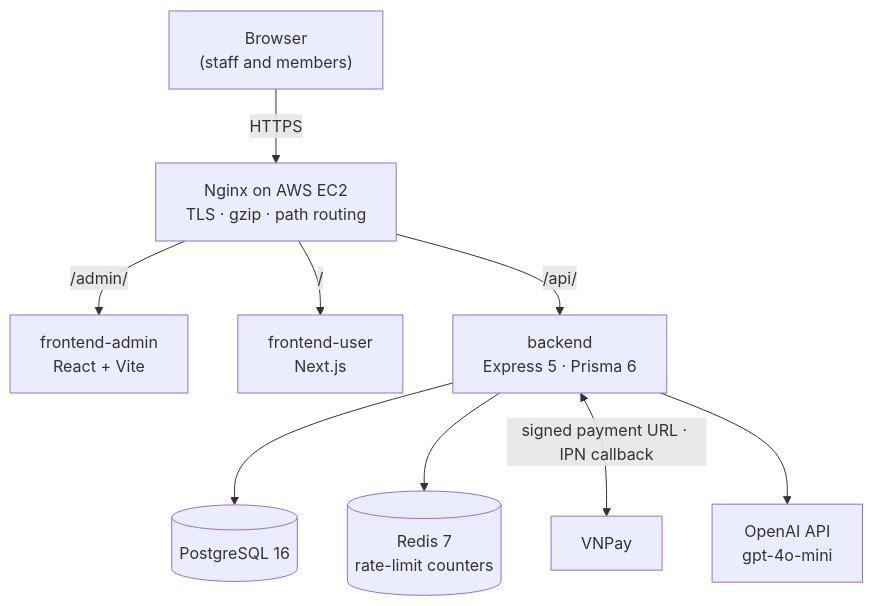
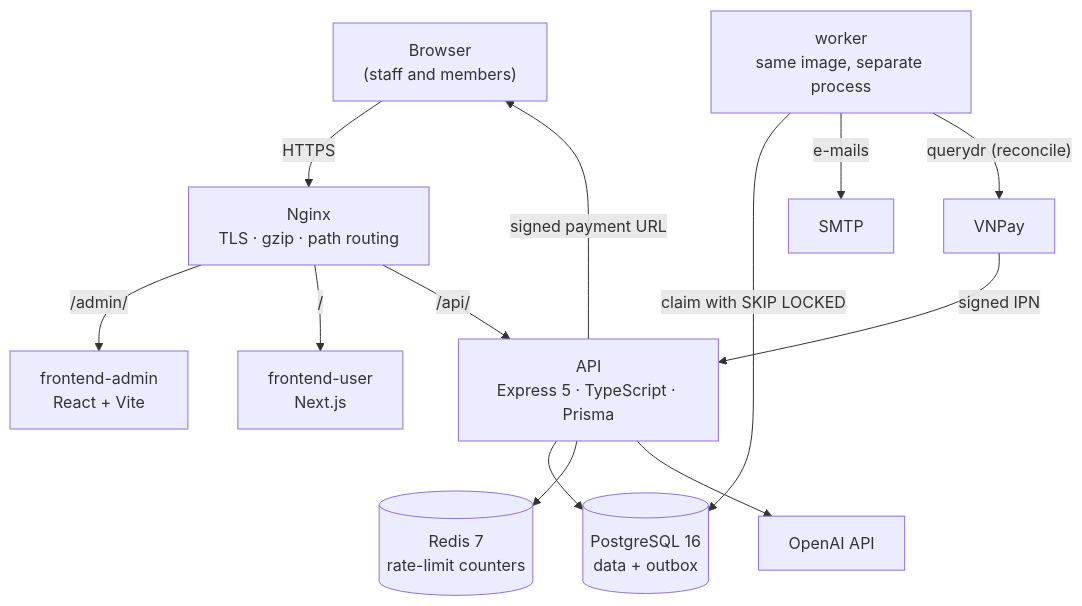
The first of 3 diagrams in README.md (Phongasfd/gym-management), drawn with Mermaid before and after one commit. The commit also changed other lines of this file and 146 other files, not shown here.

````diff
--- a/README.md
+++ b/README.md
@@ -43,11 +48,15 @@
 ```mermaid
 flowchart TB
-    browser["Browser<br/>(staff and members)"] -->|HTTPS| nginx["Nginx on AWS EC2<br/>TLS · gzip · path routing"]
+    browser["Browser<br/>(staff and members)"] -->|HTTPS| nginx["Nginx<br/>TLS · gzip · path routing"]
     nginx -->|/admin/| admin["frontend-admin<br/>React + Vite"]
     nginx -->|/| user["frontend-user<br/>Next.js"]
-    nginx -->|/api/| api["backend<br/>Express 5 · Prisma 6"]
-    api --> pg[("PostgreSQL 16")]
+    nginx -->|/api/| api["API<br/>Express 5 · TypeScript · Prisma"]
+    api --> pg[("PostgreSQL 16<br/>data + outbox")]
     api --> redis[("Redis 7<br/>rate-limit counters")]
-    api <-->|"signed payment URL · IPN callback"| vnpay["VNPay"]
-    api --> openai["OpenAI API<br/>gpt-4o-mini"]
+    worker["worker<br/>same image, separate process"] -->|"claim with SKIP LOCKED"| pg
+    worker -->|e-mails| smtp["SMTP"]
+    worker -->|"querydr (reconcile)"| vnpay["VNPay"]
+    vnpay -->|"signed IPN"| api
+    api -->|"signed payment URL"| browser
+    api --> openai["OpenAI API"]
 ```
````
